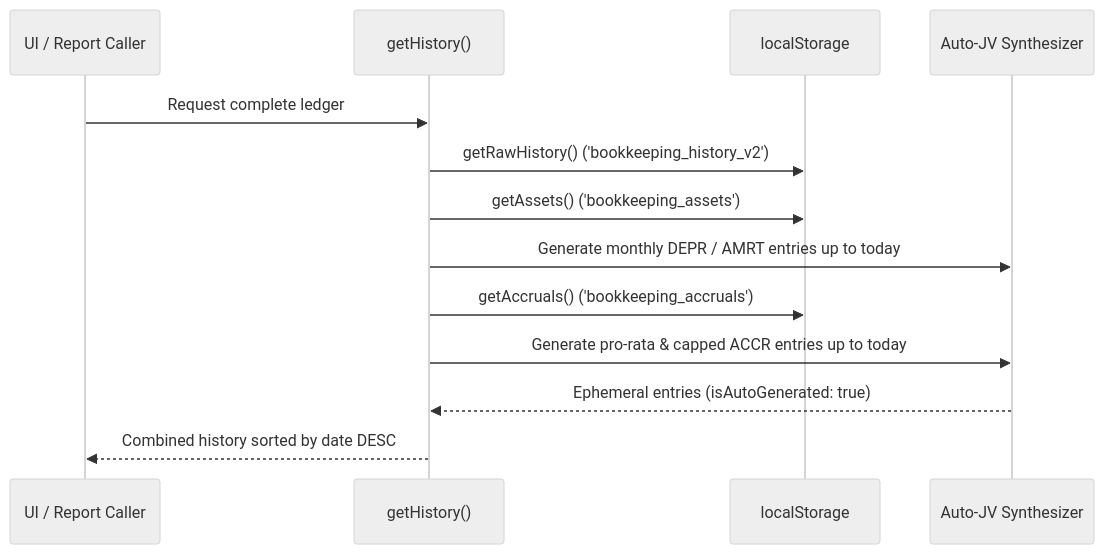
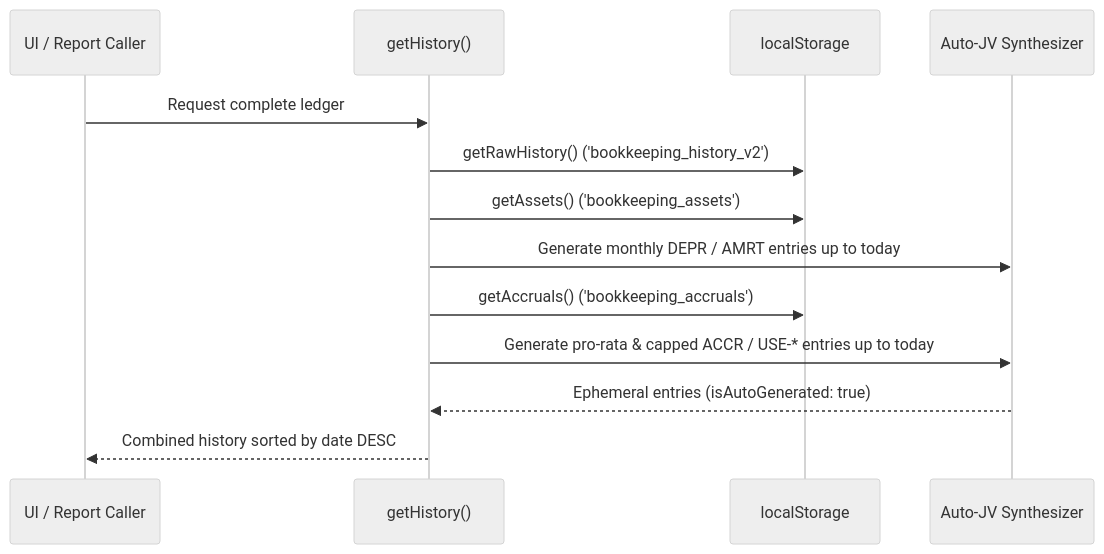
The second of 2 diagrams in docs/technical/architecture-and-execution-flow.md (lumenconsultancyae/bookeeping_docs), drawn with Mermaid (neutral theme) before and after one commit. The commit also changed other lines of this file and 11 other files, not shown here.

````diff
--- a/docs/technical/architecture-and-execution-flow.md
+++ b/docs/technical/architecture-and-execution-flow.md
@@ -82,16 +78,16 @@
 ```mermaid
 sequenceDiagram
     participant Caller as UI / Report Caller
     participant GH as getHistory()
     participant Store as localStorage
     participant Synth as Auto-JV Synthesizer
 
     Caller->>GH: Request complete ledger
     GH->>Store: getRawHistory() ('bookkeeping_history_v2')
     GH->>Store: getAssets() ('bookkeeping_assets')
     GH->>Synth: Generate monthly DEPR / AMRT entries up to today
     GH->>Store: getAccruals() ('bookkeeping_accruals')
-    GH->>Synth: Generate pro-rata & capped ACCR entries up to today
+    GH->>Synth: Generate pro-rata & capped ACCR / USE-* entries up to today
     Synth-->>GH: Ephemeral entries (isAutoGenerated: true)
     GH-->>Caller: Combined history sorted by date DESC
 ```
````
